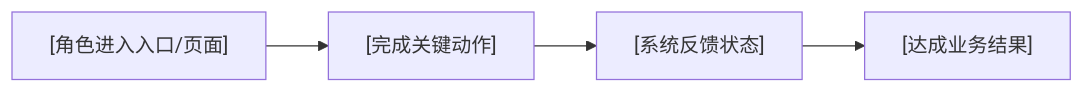
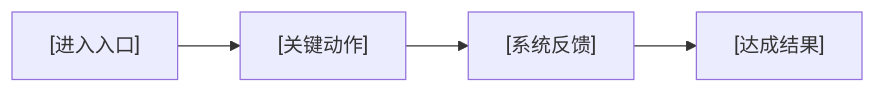
The diagram in .agents/skills/vj-product-requirements/assets/requirements_template.md (longyunfeigu/vibejet), drawn with Mermaid before and after one commit. The commit also changed other lines of this file and 98 other files, not shown here.

````diff
--- a/.agents/skills/vj-product-requirements/assets/requirements_template.md
+++ b/.agents/skills/vj-product-requirements/assets/requirements_template.md
@@ -25,6 +35,6 @@
 ```mermaid
 flowchart LR
-    A["[角色进入入口/页面]"] --> B["[完成关键动作]"]
-    B --> C["[系统反馈状态]"]
-    C --> D["[达成业务结果]"]
+    A["[进入入口]"] --> B["[关键动作]"]
+    B --> C["[系统反馈]"]
+    C --> D["[达成结果]"]
 ```
````
